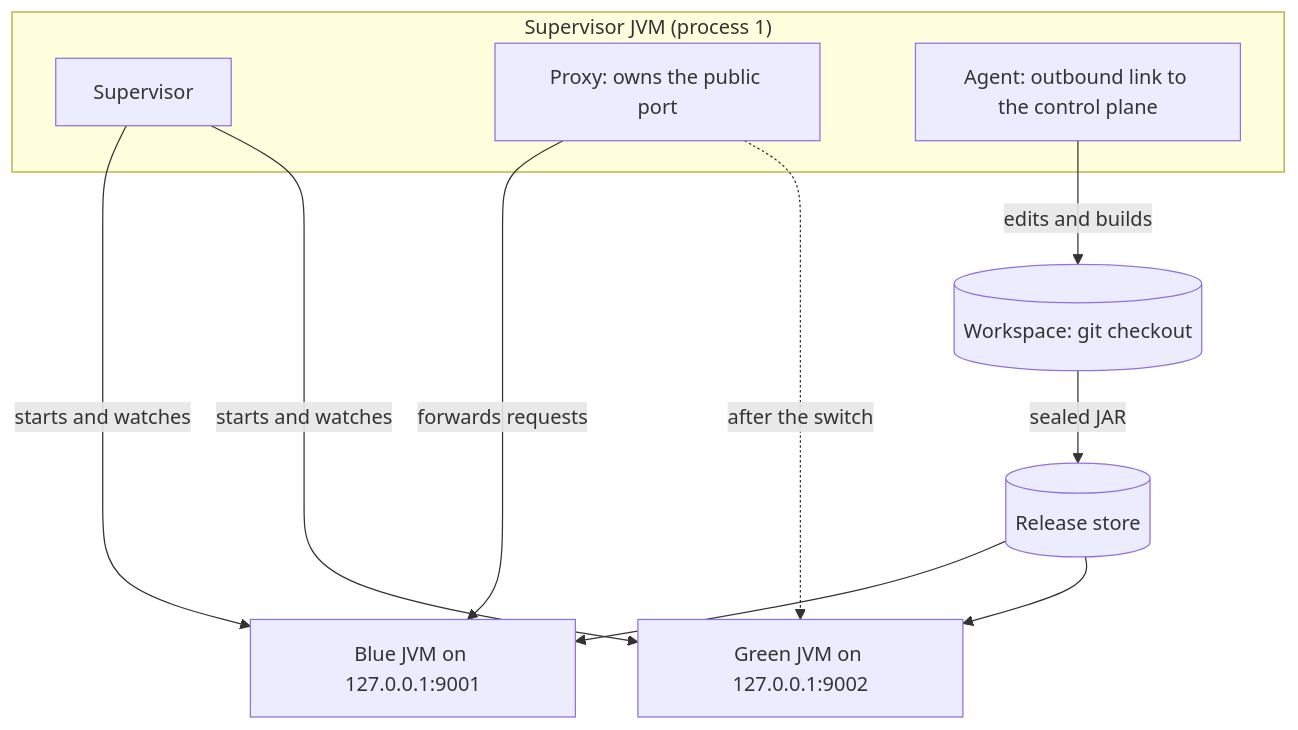
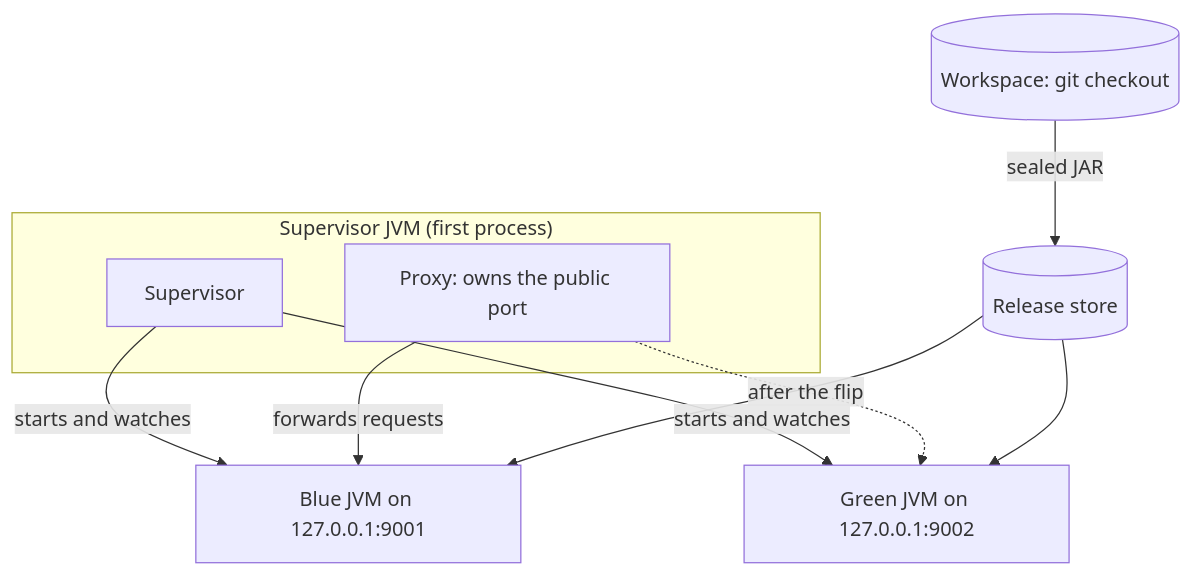
One commit to amitdu6ey/experiments changed the second of 5 diagrams in hot-server-swap/README.md. Above: the diagram before and after it, drawn with Mermaid. The commit also changed other lines of this file and 7 other files, not shown here.

````diff
--- a/hot-server-swap/README.md
+++ b/hot-server-swap/README.md
@@ -96,17 +101,15 @@
 ```mermaid
 flowchart TB
-    subgraph SJ["Supervisor JVM (process 1)"]
+    subgraph SJ["Supervisor JVM (first process)"]
         SUP["Supervisor"]
         PRX["Proxy: owns the public port"]
-        AGT["Agent: outbound link to the control plane"]
     end
 
     SUP -->|"starts and watches"| BLUE["Blue JVM on 127.0.0.1:9001"]
     SUP -->|"starts and watches"| GREEN["Green JVM on 127.0.0.1:9002"]
     PRX -->|"forwards requests"| BLUE
-    PRX -.->|"after the switch"| GREEN
-    AGT -->|"edits and builds"| WS[("Workspace: git checkout")]
-    WS -->|"sealed JAR"| RS[("Release store")]
+    PRX -.->|"after the flip"| GREEN
+    WS[("Workspace: git checkout")] -->|"sealed JAR"| RS[("Release store")]
     RS --> BLUE
     RS --> GREEN
 ```
````
